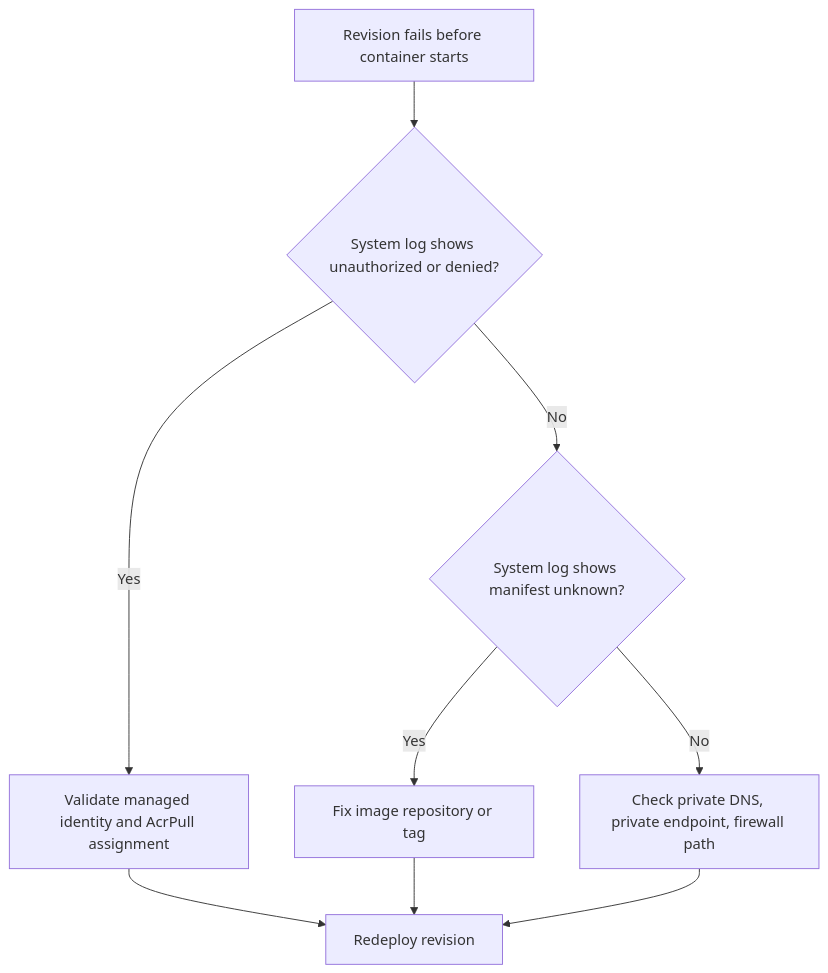
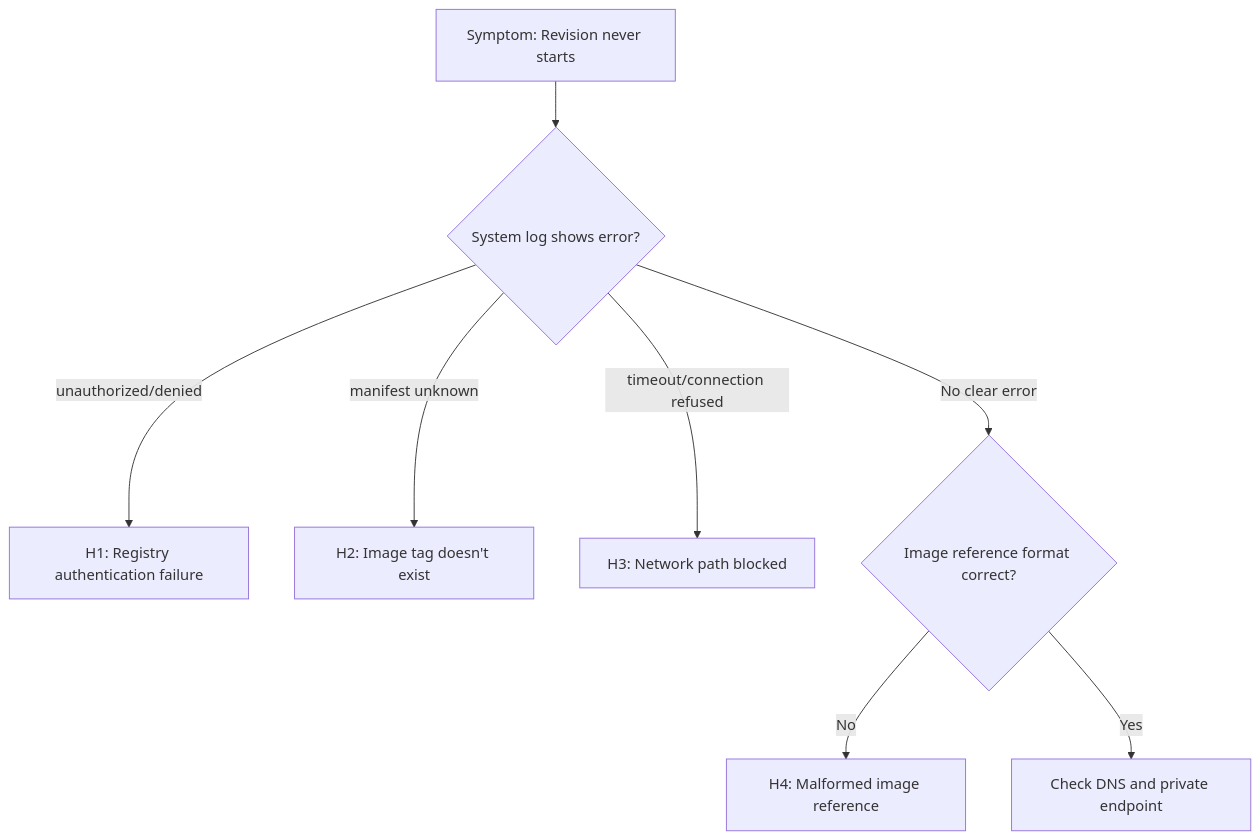
One commit to yeongseon/azure-container-apps-practical-guide changed the diagram in docs/troubleshooting/playbooks/startup-and-provisioning/image-pull-failure.md. Above: the diagram before and after it, drawn with Mermaid. The commit also changed other lines of this file and 22 other files, not shown here.

````diff
--- a/docs/troubleshooting/playbooks/startup-and-provisioning/image-pull-failure.md
+++ b/docs/troubleshooting/playbooks/startup-and-provisioning/image-pull-failure.md
@@ -70,11 +15,10 @@
 ```mermaid
-flowchart TD
-    A[Revision fails before container starts] --> B{System log shows unauthorized or denied?}
-    B -->|Yes| C[Validate managed identity and AcrPull assignment]
-    B -->|No| D{System log shows manifest unknown?}
-    D -->|Yes| E[Fix image repository or tag]
-    D -->|No| F[Check private DNS, private endpoint, firewall path]
-    C --> G[Redeploy revision]
-    E --> G
-    F --> G
+graph TD
+    A[Symptom: Revision never starts] --> B{System log shows error?}
+    B -->|unauthorized/denied| H1[H1: Registry authentication failure]
+    B -->|manifest unknown| H2[H2: Image tag doesn't exist]
+    B -->|timeout/connection refused| H3[H3: Network path blocked]
+    B -->|No clear error| C{Image reference format correct?}
+    C -->|No| H4[H4: Malformed image reference]
+    C -->|Yes| D[Check DNS and private endpoint]
 ```
````
